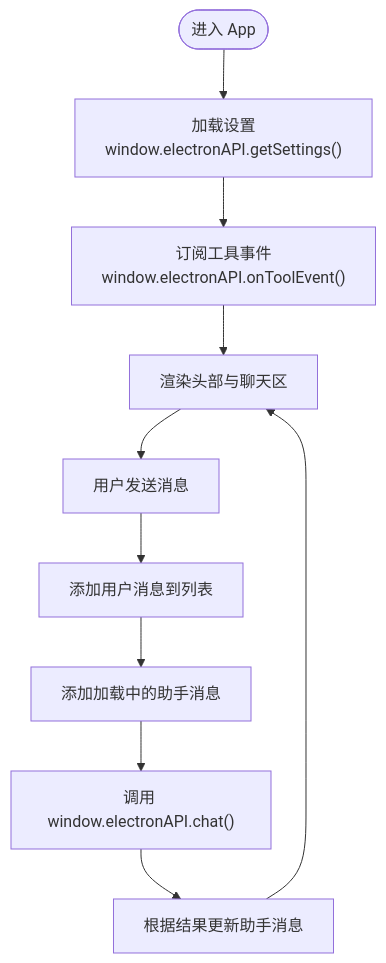
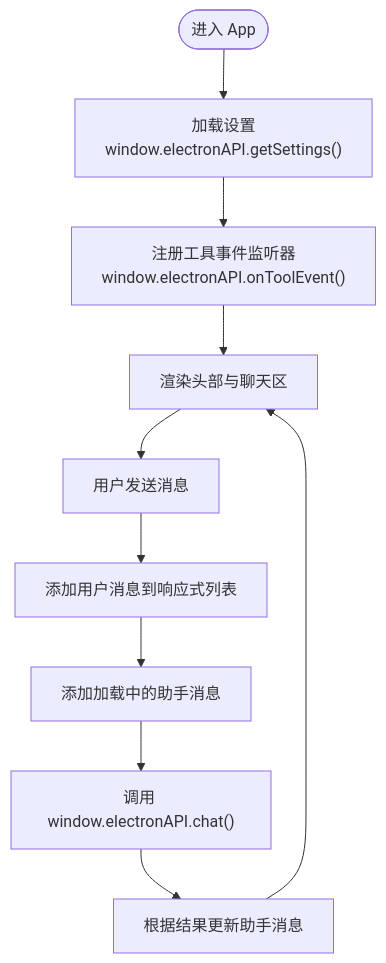
The third of 9 diagrams in .qoder/repowiki/zh/content/系统架构/渲染器进程架构.md (hallllla/QAQ-Agent), drawn with Mermaid before and after one commit. The commit also changed other lines of this file and 23 other files, not shown here.

````diff
--- a/.qoder/repowiki/zh/content/系统架构/渲染器进程架构.md
+++ b/.qoder/repowiki/zh/content/系统架构/渲染器进程架构.md
@@ -161,12 +176,12 @@
 ```mermaid
 flowchart TD
 Start(["进入 App"]) --> LoadSettings["加载设置<br/>window.electronAPI.getSettings()"]
-LoadSettings --> ListenTool["订阅工具事件<br/>window.electronAPI.onToolEvent()"]
+LoadSettings --> ListenTool["注册工具事件监听器<br/>window.electronAPI.onToolEvent()"]
 ListenTool --> Render["渲染头部与聊天区"]
 Render --> Send["用户发送消息"]
-Send --> AddUser["添加用户消息到列表"]
+Send --> AddUser["添加用户消息到响应式列表"]
 AddUser --> AddLoading["添加加载中的助手消息"]
 AddLoading --> CallAPI["调用 window.electronAPI.chat()"]
 CallAPI --> UpdateMsg["根据结果更新助手消息"]
 UpdateMsg --> Render
 ```
````
